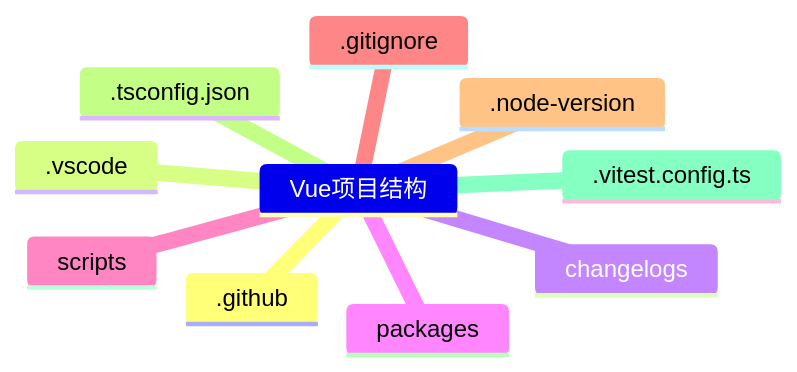
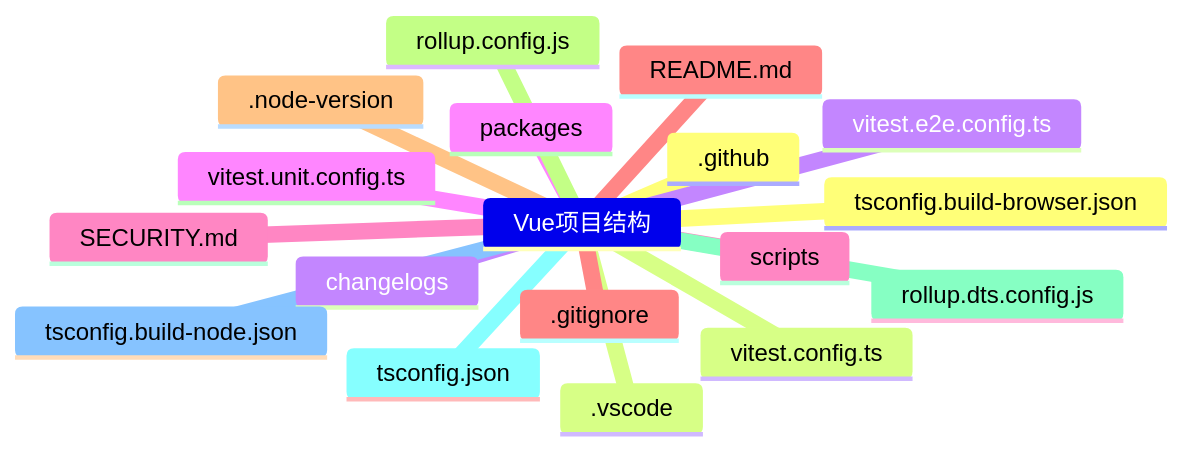
The diagram in notebook/project-structure.md (vue-collections/tiny-vue), drawn with Mermaid before and after one commit.

Commit message:
create: notebook fold

````diff
--- a/notebook/project-structure.md
+++ b/notebook/project-structure.md
@@ -1,13 +1,21 @@
 ```mermaid
 mindmap
 Vue项目结构
   .github
   .vscode
   changelogs
   packages
   scripts
   .gitignore
   .node-version
-  .tsconfig.json
-  .vitest.config.ts
+  rollup.config.js
+  rollup.dts.config.js
+  tsconfig.json
+  tsconfig.build-node.json
+  tsconfig.build-browser.json
+  vitest.config.ts
+  vitest.e2e.config.ts
+  vitest.unit.config.ts
+  SECURITY.md
+  README.md
 ```
````
